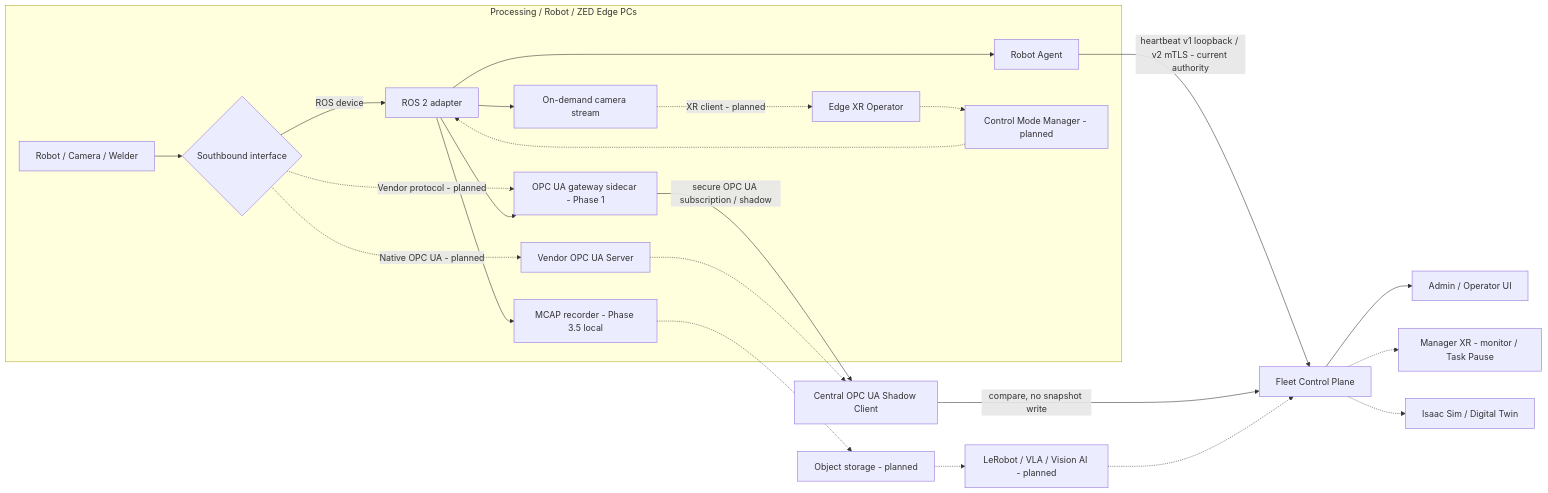
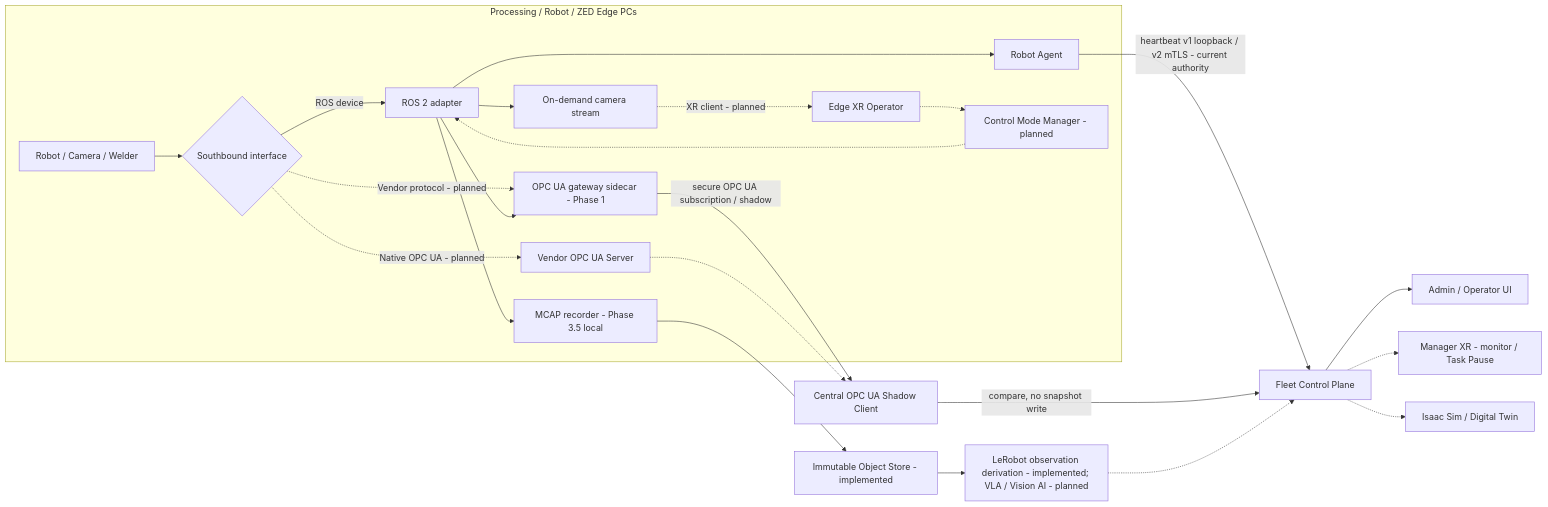
The third of 3 diagrams in PLAN_TASK_SCOPED_OPERATIONS.md (acdonge/sang-robot-operations), drawn with Mermaid before and after one commit. The commit also changed other lines of this file and 421 other files, not shown here.

````diff
--- a/PLAN_TASK_SCOPED_OPERATIONS.md
+++ b/PLAN_TASK_SCOPED_OPERATIONS.md
@@ -283,26 +291,26 @@
 ```mermaid
 flowchart LR
   subgraph EDGE["Processing / Robot / ZED Edge PCs"]
     DEV["Robot / Camera / Welder"] --> ROUTE{"Southbound interface"}
     ROUTE -->|"ROS device"| ROS["ROS 2 adapter"]
     ROUTE -.->|"Vendor protocol - planned"| GW["OPC UA gateway sidecar - Phase 1"]
     ROUTE -.->|"Native OPC UA - planned"| NATIVE["Vendor OPC UA Server"]
     ROS --> AG["Robot Agent"]
     ROS --> GW
     ROS --> REC["MCAP recorder - Phase 3.5 local"]
     XR["Edge XR Operator"] -.-> CMM["Control Mode Manager - planned"]
     CMM -.-> ROS
     ROS --> STREAM["On-demand camera stream"]
     STREAM -.->|"XR client - planned"| XR
   end
   AG -->|"heartbeat v1 loopback / v2 mTLS - current authority"| CP["Fleet Control Plane"]
   GW -->|"secure OPC UA subscription / shadow"| UAC["Central OPC UA Shadow Client"]
   NATIVE -.-> UAC
   UAC -->|"compare, no snapshot write"| CP
   CP --> ADMIN["Admin / Operator UI"]
   CP -.-> MXR["Manager XR - monitor / Task Pause"]
-  REC -.-> OBJ["Object storage - planned"]
-  OBJ -.-> ML["LeRobot / VLA / Vision AI - planned"]
+  REC --> OBJ["Immutable Object Store - implemented"]
+  OBJ --> ML["LeRobot observation derivation - implemented; VLA / Vision AI - planned"]
   ML -.-> CP
   CP -.-> DT["Isaac Sim / Digital Twin"]
 ```
````
